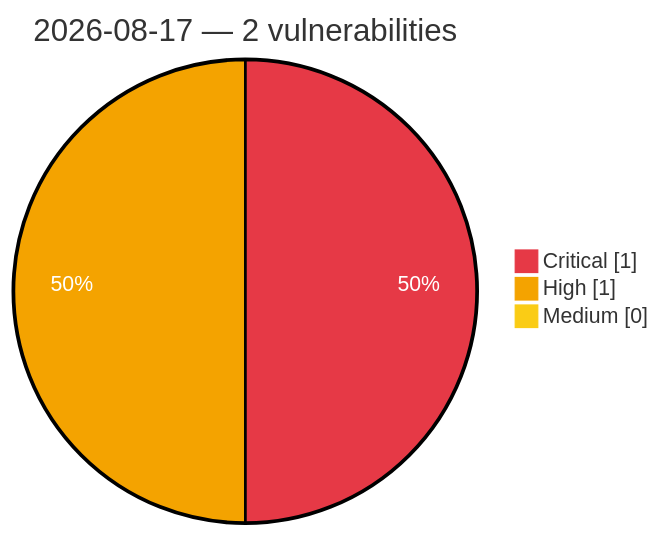
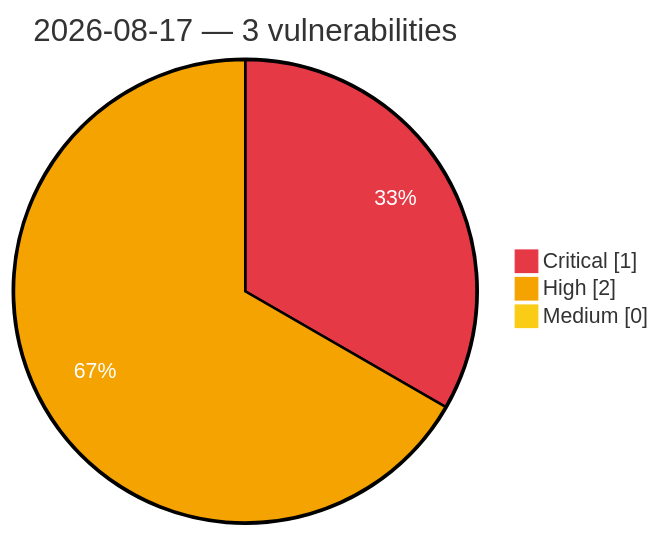
The diagram in vulnerabilities/2026/August/2026-08-17.md (GhostX0X/vuln-tracker), drawn with Mermaid before and after one commit. The commit also changed other lines of this file and 5 other files, not shown here.

````diff
--- a/vulnerabilities/2026/August/2026-08-17.md
+++ b/vulnerabilities/2026/August/2026-08-17.md
@@ -3,8 +3,8 @@
 ```mermaid
 %%{init: {'theme':'base', 'themeVariables': {'pie1':'#e63946', 'pie2':'#f4a300', 'pie3':'#facc15', 'pieOpacity':'1', 'pieOuterStrokeWidth':'2px', 'pieSectionTextColor':'#ffffff'}}}%%
 pie showData
-    title 2026-08-17 — 2 vulnerabilities
+    title 2026-08-17 — 3 vulnerabilities
     "Critical" : 1
-    "High" : 1
+    "High" : 2
     "Medium" : 0
 ```
````
